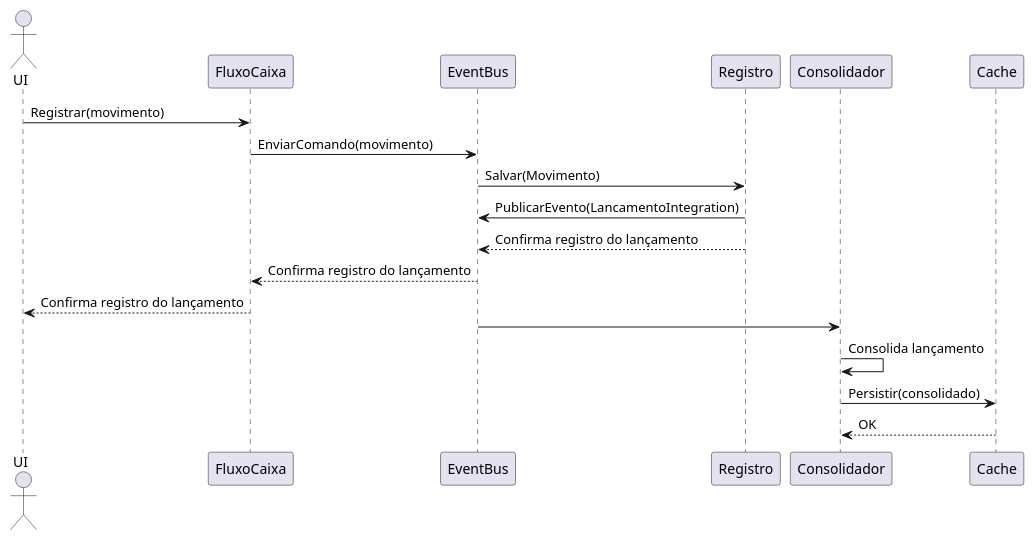
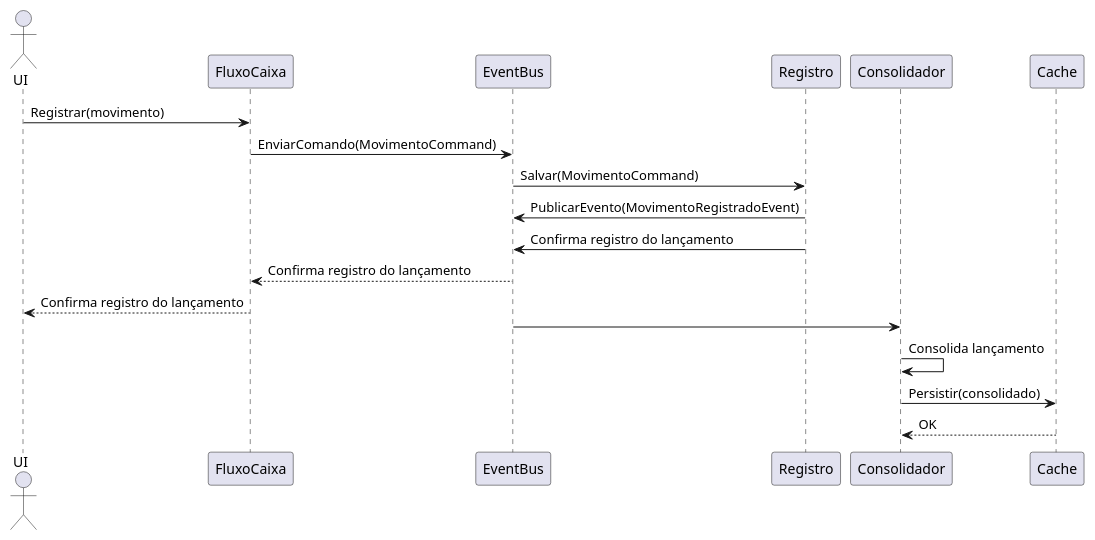
Before and after one commit to rodriguescarlos/fluxocaixa: the diagram in specifications/diagram/fluxo-caixa-sequence.plantuml, drawn with PlantUML. The commit also changed 52 other files, not shown here.

Commit message:
criar-serviço-controle-caixa - Criado handler para controle de - Ajuste diagramas - Criada migrations - Criacao scripts para alimentar tabelas

```diff
--- a/specifications/diagram/fluxo-caixa-sequence.plantuml
+++ b/specifications/diagram/fluxo-caixa-sequence.plantuml
@@ -1,18 +1,18 @@
 @startuml
 
 actor "UI"
 
 "UI"-> FluxoCaixa: Registrar(movimento)
-"FluxoCaixa"-> EventBus: EnviarComando(movimento)
-"EventBus"-> Registro: Salvar(Movimento)
-"EventBus" <- Registro: PublicarEvento(LancamentoIntegration)
-"EventBus" <-- Registro: Confirma registro do lançamento
+"FluxoCaixa"-> EventBus: EnviarComando(MovimentoCommand)
+"EventBus"-> Registro: Salvar(MovimentoCommand)
+"EventBus" <- Registro: PublicarEvento(MovimentoRegistradoEvent)
+"EventBus" <- Registro: Confirma registro do lançamento
 "FluxoCaixa" <-- EventBus: Confirma registro do lançamento
 "UI" <-- FluxoCaixa: Confirma registro do lançamento
 
 "EventBus" -> Consolidador: 
 "Consolidador" -> Consolidador: Consolida lançamento
 "Consolidador" -> Cache : Persistir(consolidado)
 "Consolidador" <-- Cache : OK
 
 @enduml
```
